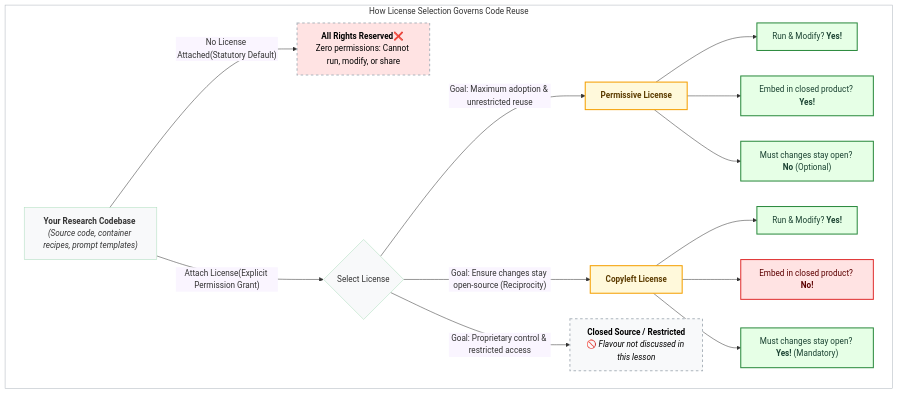
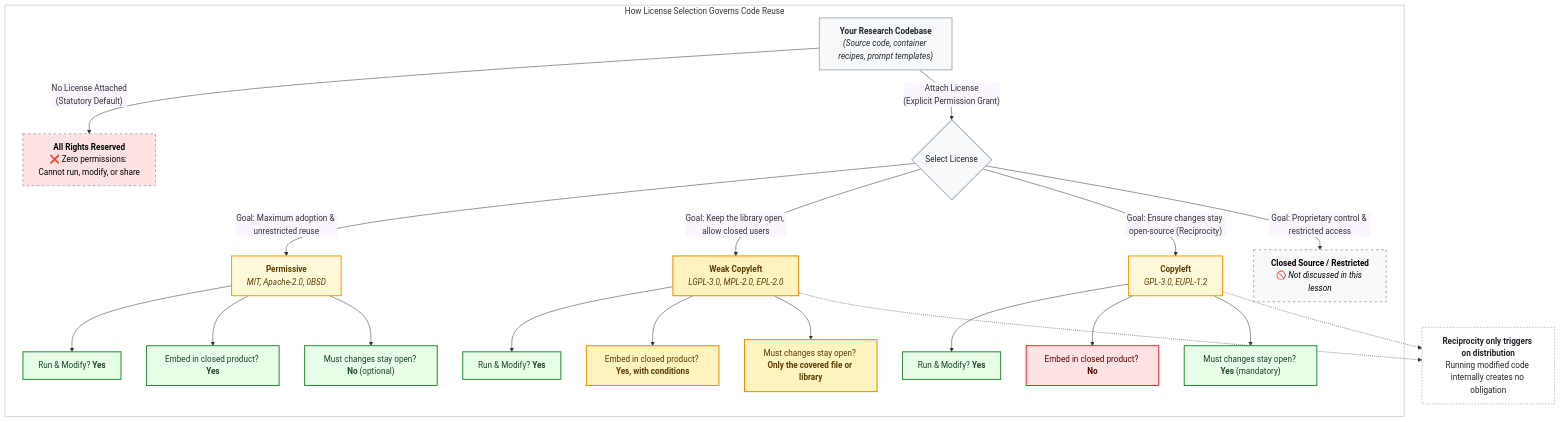
One commit to coderefinery/social-coding changed the first of 3 diagrams in content/software-licensing.md. Above: the diagram before and after it, drawn with Mermaid.

Commit message:
Roni include LGPL in mermaid

````diff
--- a/content/software-licensing.md
+++ b/content/software-licensing.md
@@ -52,39 +52,55 @@
 ```{mermaid}
 %%{init: {'themeVariables': { 'edgeLabelBackground': '#faf5ff' }}}%%
 
 flowchart TB
 
   subgraph box["How License Selection Governs Code Reuse"]
-    A["<b>Your Research Codebase </b></><i>(Source code, container recipes, prompt templates)</i>"] -->|"No License Attached</>(Statutory Default)"| B["<b>All Rights Reserved</b></>❌ Zero permissions: Cannot run, modify, or share"]
+    A["<b>Your Research Codebase</b><br/><i>(Source code, container recipes, prompt templates)</i>"] -->|"No License Attached<br/>(Statutory Default)"| B["<b>All Rights Reserved</b><br/>❌ Zero permissions: Cannot run, modify, or share"]
 
-    A -->|"Attach License</>(Explicit Permission Grant)"| C{"Select License"}
+    A -->|"Attach License<br/>(Explicit Permission Grant)"| C{"Select License"}
 
-    C -->|"Goal: Maximum adoption & unrestricted reuse"| D["<b>Permissive License</b>"]
-    C -->|"Goal: Ensure changes stay open-source (Reciprocity)"| E["<b>Copyleft License</b>"]
-    C -->|"Goal: Proprietary control & restricted access"| F["<b>Closed Source / Restricted</b></>🚫 <i>Flavour not discussed in this lesson</i>"]
+    C -->|"Goal: Maximum adoption & unrestricted reuse"| D["<b>Permissive</b><br/><i>MIT, Apache-2.0, 0BSD</i>"]
+    C -->|"Goal: Keep the library open, allow closed users"| W["<b>Weak Copyleft</b><br/><i>LGPL-3.0, MPL-2.0, EPL-2.0</i>"]
+    C -->|"Goal: Ensure changes stay open-source (Reciprocity)"| E["<b>Copyleft</b><br/><i>GPL-3.0, EUPL-1.2</i>"]
+    C -->|"Goal: Proprietary control & restricted access"| F["<b>Closed Source / Restricted</b><br/>🚫 <i>Not discussed in this lesson</i>"]
 
-    D --> D1["Run & Modify? <b>Yes!</b>"]
-    D --> D2["Embed in closed product? <b>Yes!</b>"]
-    D --> D3["Must changes stay open? <b>No</b> (Optional)"]
+    D --> D1["Run & Modify? <b>Yes</b>"]
+    D --> D2["Embed in closed product? <b>Yes</b>"]
+    D --> D3["Must changes stay open? <b>No</b> (optional)"]
 
-    E --> E1["Run & Modify? <b>Yes!</b>"]
-    E --> E2["Embed in closed product? <b>No!</b>"]
-    E --> E3["Must changes stay open? <b>Yes!</b> (Mandatory)"]
-  end  
+    W --> W1["Run & Modify? <b>Yes</b>"]
+    W --> W2["Embed in closed product? <b>Yes, with conditions</b>"]
+    W --> W3["Must changes stay open? <b>Only the covered file or library</b>"]
+
+    E --> E1["Run & Modify? <b>Yes</b>"]
+    E --> E2["Embed in closed product? <b>No</b>"]
+    E --> E3["Must changes stay open? <b>Yes</b> (mandatory)"]
+  end
+
+  G["<b>Reciprocity only triggers on distribution</b><br/>Running modified code internally creates no obligation"]
+  E -.-> G
+  W -.-> G
+
    classDef green fill:#e6ffe6,stroke:#2b8a3e,stroke-width:2px,color:#1b4332;
    classDef red fill:#ffe3e3,stroke:#e03131,stroke-width:2px,color:#5c0000;
    classDef yellow fill:#fff9db,stroke:#f59f00,stroke-width:2px,color:#5c3c00;
-   classDef white fill:#f8f9fa,stroke:#adb
+   classDef amber fill:#fff3bf,stroke:#f08c00,stroke-width:2px,color:#5c3c00;
+   classDef white fill:#f8f9fa,stroke:#adb5bd,stroke-width:2px,color:#212529;
    classDef dashed fill:#f8f9fa,stroke:#adb5bd,stroke-width:2px,stroke-dasharray: 5 5,color:#000000;
    classDef dashed_red fill:#ffe3e3,stroke:#adb5bd,stroke-width:2px,stroke-dasharray: 5 5,color:#000000;
-   classDef defaultState fill:#ffe3e3,stroke:#e03131,stroke-width:2px,color:#5c0000;
+   classDef note fill:#ffffff,stroke:#868e96,stroke-width:1px,stroke-dasharray: 3 3,color:#212529;
    classDef box_fill fill:#ffffff,stroke:#adb5bd,stroke-width:1px;
-    
-   class D1,D2,D3,E1,E3 green;
+
+   class D1,D2,D3,W1,E1 green;
+   class W2,W3 amber;
    class E2 red;
-   class D,E yellow;
+   class E3 green;
+   class D yellow;
+   class W amber;
+   class E yellow;
    class F dashed;
    class B dashed_red;
    class A,C white;
+   class G note;
    class box box_fill;
 ```
````
